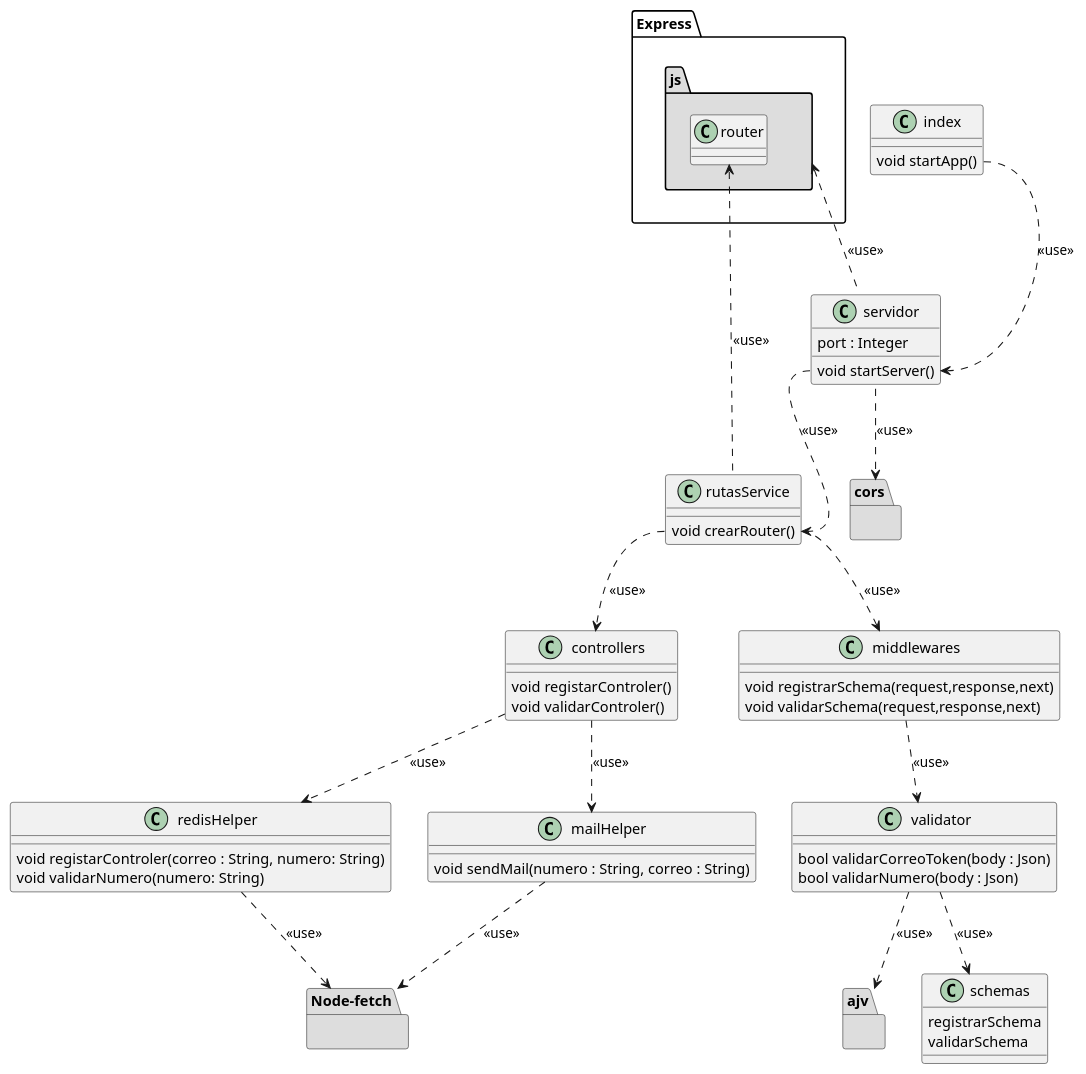
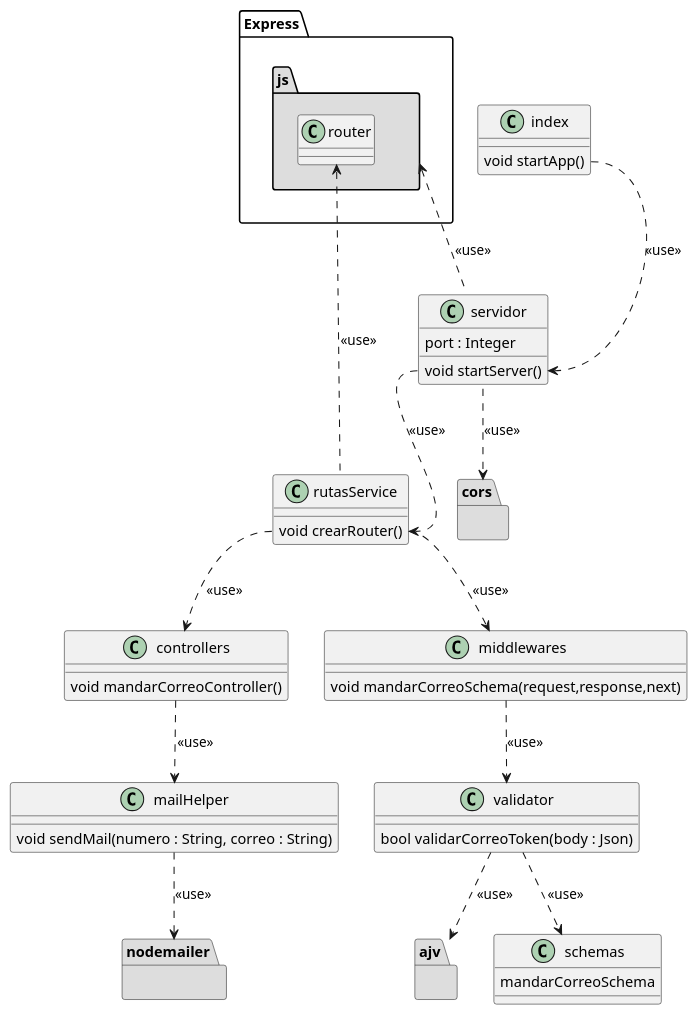
Before and after one commit to krivxII/Auth-Layer-Service: the diagram in mailServer/arquitectura/classD.plantuml, drawn with PlantUML. The commit also changed 4 other files, not shown here.

```diff
--- a/mailServer/arquitectura/classD.plantuml
+++ b/mailServer/arquitectura/classD.plantuml
@@ -1,82 +1,75 @@
 @startuml
 package "Express.js" #DDDDDD {
     class router
 }
 package "cors" #DDDDDD {
 
 }
-package "Node-fetch" #DDDDDD {
+package "nodemailer" #DDDDDD {
 
 }
 package "ajv" #DDDDDD {
 
 }
 
 
 class "index" {
     void startApp()
 }
 class "servidor" {
     port : Integer
     void startServer()
 }
 
 class "rutasService" {
     void crearRouter()
 }
 
 class "controllers" {
-    void registarControler()
-    void validarControler()
+    void mandarCorreoController()
 }
 
-class "redisHelper" {
-    void registarControler(correo : String, numero: String)
-    void validarNumero(numero: String)
-}
+
 
 
 class "mailHelper" {
     void sendMail(numero : String, correo : String)
 }
 
 class "middlewares" {
-    void registrarSchema(request,response,next)
-    void validarSchema(request,response,next)
+    void mandarCorreoSchema(request,response,next)
 }
 
 class "validator" {
     bool validarCorreoToken(body : Json)
-    bool validarNumero(body : Json)
 }
 
 class "schemas" {
-    registrarSchema
-    validarSchema
+    mandarCorreoSchema
 }
 
 
 Express.js <.. servidor  : "<<use>>"
 
 
 index::startApp   ..>  servidor::startServer : "<<use>>"
 
 servidor ..> cors : "<<use>>"
 servidor::startServer ..> rutasService::crearRouter : "<<use>>"
 
 rutasService::crearRouter ..> controllers : "<<use>>"
 rutasService::crearRouter ..> middlewares : "<<use>>"
 rutasService ..> router : "<<use>>"
 
-controllers ..> redisHelper : "<<use>>"
+
 controllers ..> mailHelper : "<<use>>"
 
-redisHelper ..> "Node-fetch": "<<use>>"
 
-mailHelper ..> "Node-fetch": "<<use>>"
+
+mailHelper ..> "nodemailer": "<<use>>"
 
 middlewares ..> validator : "<<use>>"
 
 validator ..> schemas : "<<use>>"
 validator ..> ajv : "<<use>>"
 @enduml
```
